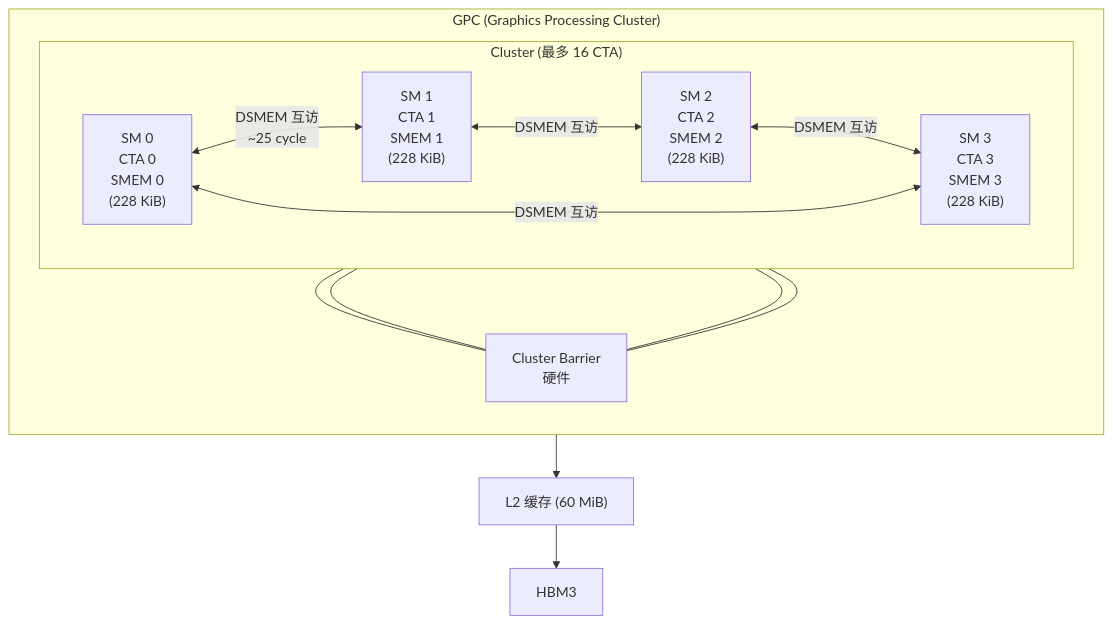
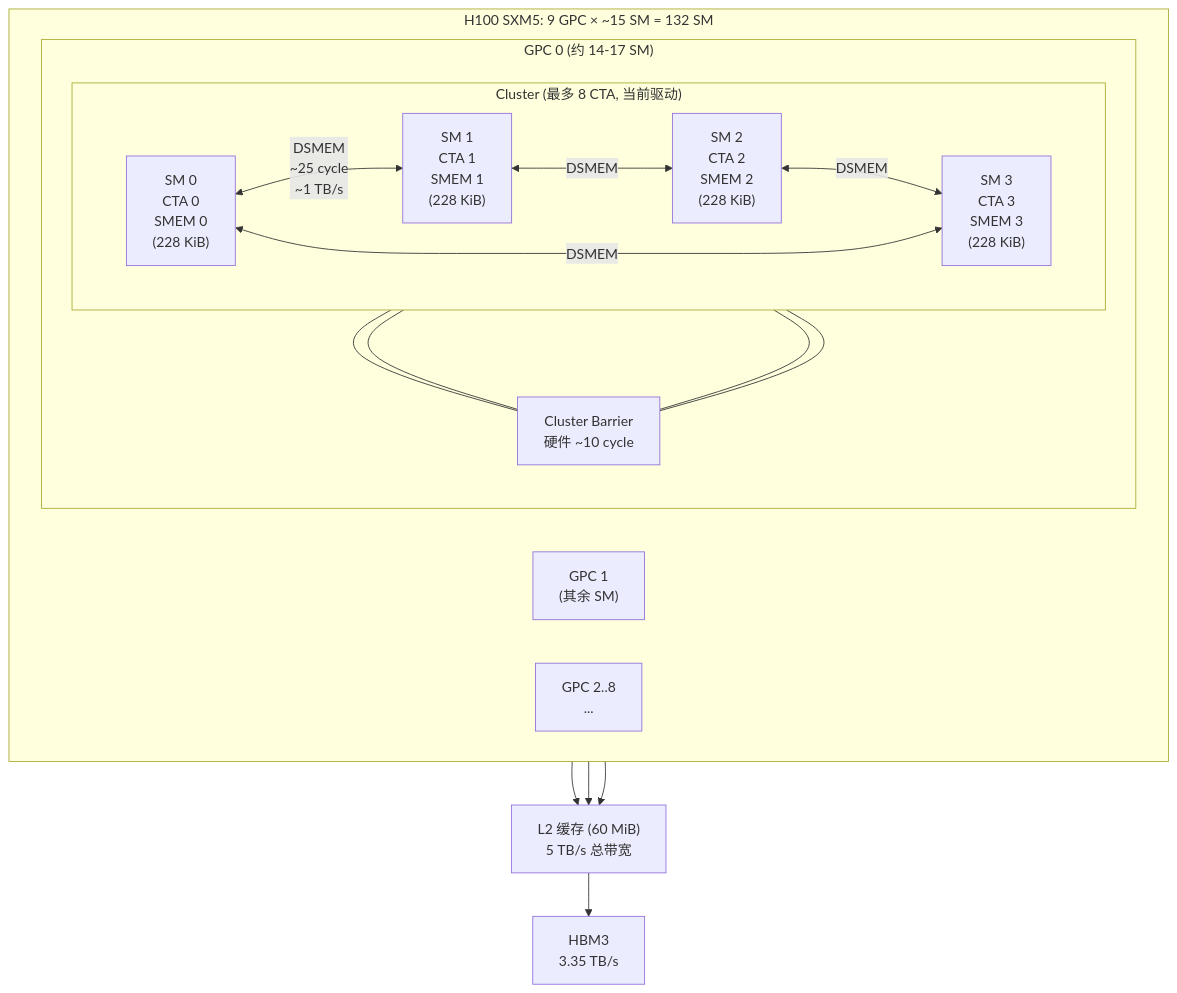
One commit to qxhy123/gpu changed the first of 2 diagrams in docs/cuda-zh/11-thread-block-cluster.md. Above: the diagram before and after it, drawn with Mermaid. The commit also changed other lines of this file, not shown here.

First line of the commit message:
deepen 11-cluster: GPC×9/SM×132 分配, DSMEM mapa 翻译表, cluster>8 gating, cluster GEMM

````diff
--- a/docs/cuda-zh/11-thread-block-cluster.md
+++ b/docs/cuda-zh/11-thread-block-cluster.md
@@ -38,24 +64,31 @@
 ```mermaid
 flowchart TB
-    subgraph GPC["GPC (Graphics Processing Cluster)"]
-        direction TB
-        subgraph CL["Cluster (最多 16 CTA)"]
-            direction LR
-            SM0["SM 0\nCTA 0\nSMEM 0\n(228 KiB)"]
-            SM1["SM 1\nCTA 1\nSMEM 1\n(228 KiB)"]
-            SM2["SM 2\nCTA 2\nSMEM 2\n(228 KiB)"]
-            SM3["SM 3\nCTA 3\nSMEM 3\n(228 KiB)"]
+    subgraph GPU["H100 SXM5: 9 GPC × ~15 SM = 132 SM"]
+        direction LR
+        subgraph GPC0["GPC 0 (约 14-17 SM)"]
+            direction TB
+            subgraph CL["Cluster (最多 8 CTA, 当前驱动)"]
+                direction LR
+                SM0["SM 0\nCTA 0\nSMEM 0\n(228 KiB)"]
+                SM1["SM 1\nCTA 1\nSMEM 1\n(228 KiB)"]
+                SM2["SM 2\nCTA 2\nSMEM 2\n(228 KiB)"]
+                SM3["SM 3\nCTA 3\nSMEM 3\n(228 KiB)"]
+            end
+            SM0 <-->|DSMEM\n~25 cycle\n~1 TB/s| SM1
+            SM1 <-->|DSMEM| SM2
+            SM2 <-->|DSMEM| SM3
+            SM0 <-->|DSMEM| SM3
+            CB["Cluster Barrier\n硬件 ~10 cycle"]
+            SM0 --- CB
+            SM1 --- CB
+            SM2 --- CB
+            SM3 --- CB
         end
-        SM0 <-->|DSMEM 互访\n~25 cycle| SM1
-        SM1 <-->|DSMEM 互访| SM2
-        SM2 <-->|DSMEM 互访| SM3
-        SM0 <-->|DSMEM 互访| SM3
-        CB["Cluster Barrier\n硬件"]
-        SM0 --- CB
-        SM1 --- CB
-        SM2 --- CB
-        SM3 --- CB
+        GPC1["GPC 1\n(其余 SM)"]
+        GPC2["GPC 2..8\n..."]
     end
-    GPC --> L2["L2 缓存 (60 MiB)"]
-    L2 --> HBM["HBM3"]
+    GPC0 --> L2["L2 缓存 (60 MiB)\n5 TB/s 总带宽"]
+    GPC1 --> L2
+    GPC2 --> L2
+    L2 --> HBM["HBM3\n3.35 TB/s"]
 ```
````
